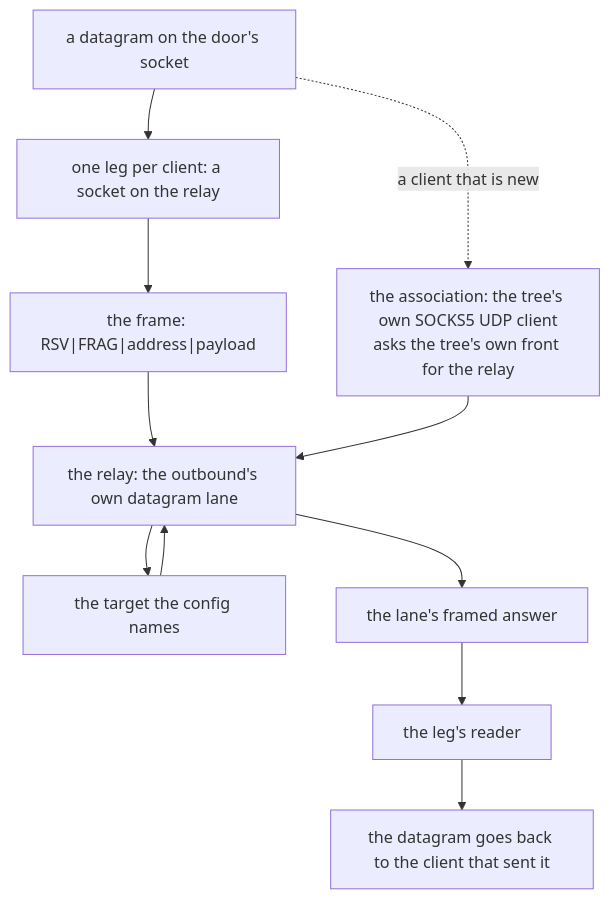
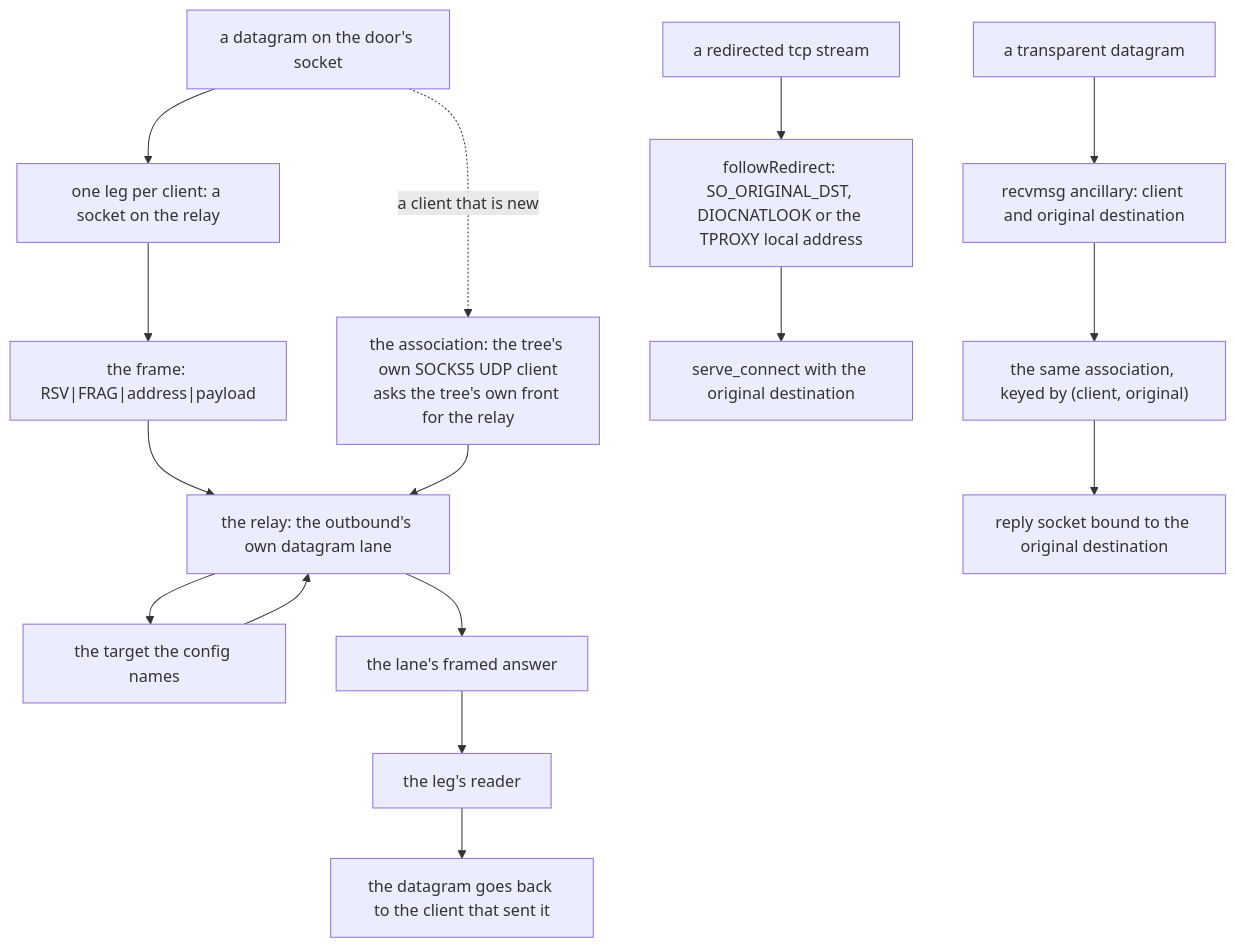
One commit to Ferrocite/ferrox changed the diagram in docs/function/front-dokodemo.md. Above: the diagram before and after it, drawn with Mermaid. The commit also changed other lines of this file and 11 other files, not shown here.

Commit message:
dokodemo: carry transparent redirect, portMap and TPROXY

````diff
--- a/docs/function/front-dokodemo.md
+++ b/docs/function/front-dokodemo.md
@@ -25,13 +29,18 @@
 ```mermaid
 graph TD
     A["a datagram on the door's socket"] --> B["one leg per client: a socket on the relay"]
     B --> C["the frame: RSV|FRAG|address|payload"]
     C --> D["the relay: the outbound's own datagram lane"]
     D --> E["the target the config names"]
     E --> D
     D --> F["the lane's framed answer"]
     F --> G["the leg's reader"]
     G --> H["the datagram goes back to the client that sent it"]
     A -. "a client that is new" .-> I["the association: the tree's own SOCKS5 UDP client<br/>asks the tree's own front for the relay"]
     I --> D
+    T["a redirected tcp stream"] --> U["followRedirect: SO_ORIGINAL_DST, DIOCNATLOOK or the TPROXY local address"]
+    U --> V["serve_connect with the original destination"]
+    W["a transparent datagram"] --> X["recvmsg ancillary: client and original destination"]
+    X --> Y["the same association, keyed by (client, original)"]
+    Y --> Z["reply socket bound to the original destination"]
 ```
````
